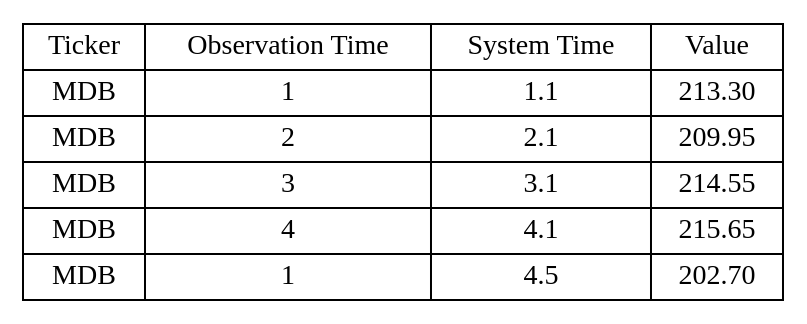
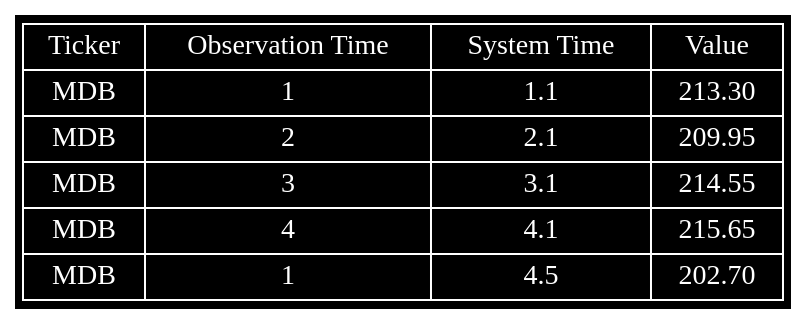
The diagram in docs/bi_temporal_r.dot (jschmuec/bitemp.ts), drawn with Graphviz before and after one commit. The commit also changed 3 other files, not shown here.

```diff
--- a/docs/bi_temporal_r.dot
+++ b/docs/bi_temporal_r.dot
@@ -1,3 +1,5 @@
 digraph ER {
-    market_data [ shape=record label="{Ticker|MDB|MDB|MDB|MDB|MDB}|{Observation Time|1|2|3|4|1}|{System Time|1.1|2.1|3.1|4.1|4.5}|{Value|213.30|209.95|214.55|215.65|202.70}"]
+    bgcolor=black
+
+    market_data [ color=white fontcolor=white shape=record label="{Ticker|MDB|MDB|MDB|MDB|MDB}|{Observation Time|1|2|3|4|1}|{System Time|1.1|2.1|3.1|4.1|4.5}|{Value|213.30|209.95|214.55|215.65|202.70}"]
 }
```
